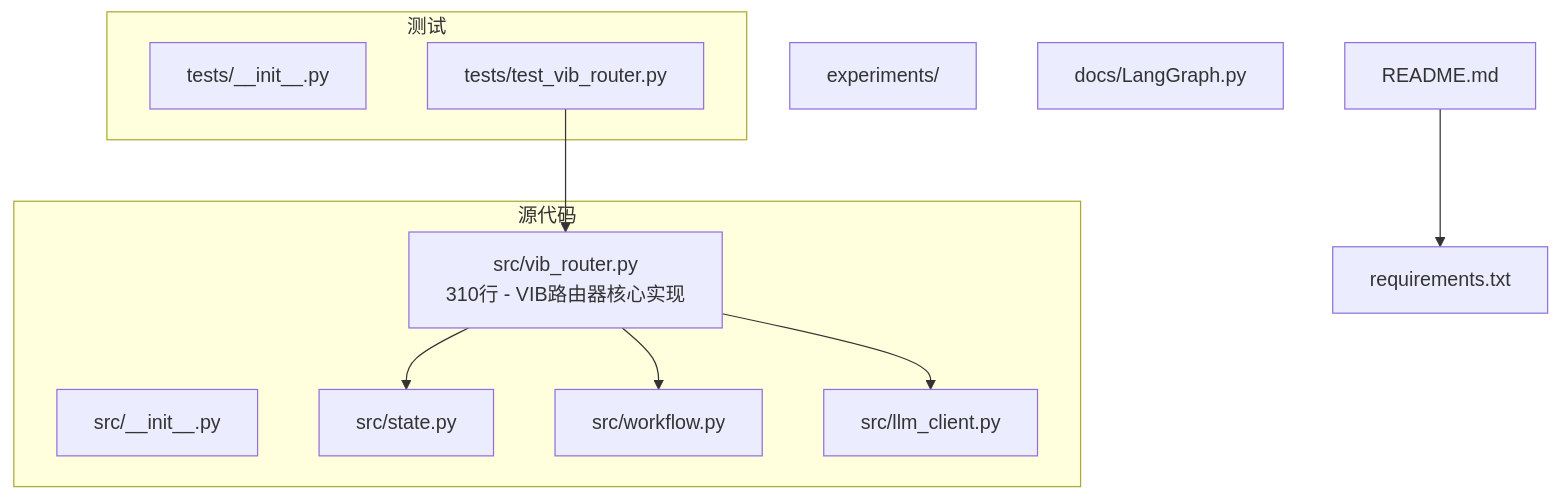
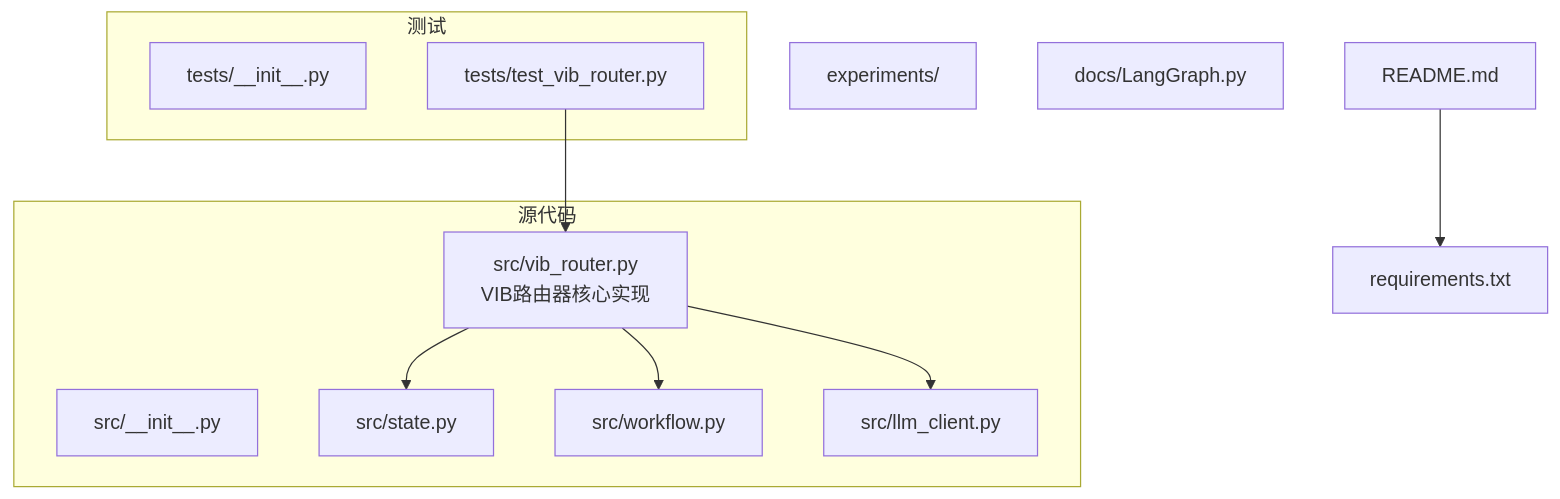
Before and after one commit to QuStarry/VIB-SparseCommunication: the first of 4 diagrams in .qoder/repowiki/zh/content/核心架构/VIB路由器.md, drawn with Mermaid. The commit also changed other lines of this file and 29 other files, not shown here.

First line of the commit message:
docs(vib_router): 更新VIB路由器文档，调整beta_0参数说明

````diff
--- a/.qoder/repowiki/zh/content/核心架构/VIB路由器.md
+++ b/.qoder/repowiki/zh/content/核心架构/VIB路由器.md
@@ -39,21 +38,21 @@
 ```mermaid
 graph TB
 A["README.md"] --> B["requirements.txt"]
 subgraph "源代码"
 C["src/__init__.py"]
 D["src/state.py"]
-E["src/vib_router.py<br/>310行 - VIB路由器核心实现"]
+E["src/vib_router.py<br/>VIB路由器核心实现"]
 F["src/workflow.py"]
 G["src/llm_client.py"]
 end
 subgraph "测试"
 H["tests/__init__.py"]
 I["tests/test_vib_router.py"]
 end
 J["experiments/"]
 K["docs/LangGraph.py"]
 E --> D
 E --> F
 E --> G
 I --> E
 ```
````
